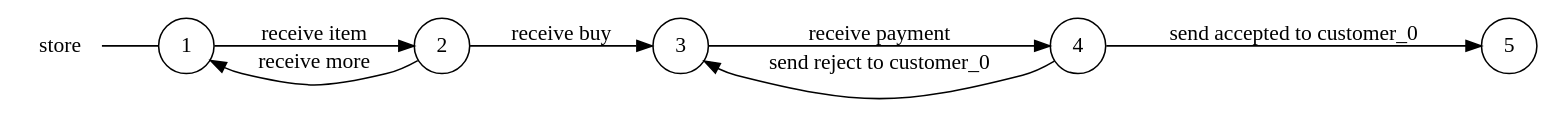
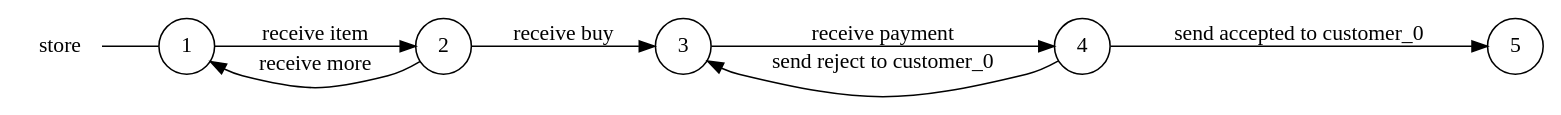
One commit to gabrielegenovese/chorer changed the diagram in examples/customer/store_local_view.dot. Above: the diagram before and after it, drawn with Graphviz. The commit also changed other lines of this file and 24 other files, not shown here.

```diff
--- a/examples/customer/store_local_view.dot
+++ b/examples/customer/store_local_view.dot
@@ -1,17 +1,17 @@
 digraph store {
 	rankdir="LR";
 	n_0 [label="store", shape="plaintext"];
 	n_1 [id="5", shape=circle, label="4"];
 	n_2 [id="1", shape=circle, label="1"];
 	n_0 -> n_2 [arrowhead=none];
 	n_3 [id="2", shape=circle, label="2"];
 	n_4 [id="4", shape=circle, label="3"];
 	n_5 [id="7", shape=circle, label="5"];
 
+	n_1 -> n_4 [id="[$e|8]", label="send reject to customer_0"];
+	n_3 -> n_4 [id="[$e|7]", label="receive buy"];
+	n_4 -> n_1 [id="[$e|2]", label="receive payment"];
+	n_2 -> n_3 [id="[$e|3]", label="receive item"];
+	n_1 -> n_5 [id="[$e|4]", label="send accepted to customer_0"];
 	n_3 -> n_2 [id="[$e|9]", label="receive more"];
-	n_1 -> n_5 [id="[$e|4]", label="send accepted to customer_0"];
-	n_4 -> n_1 [id="[$e|2]", label="receive payment"];
-	n_3 -> n_4 [id="[$e|7]", label="receive buy"];
-	n_2 -> n_3 [id="[$e|3]", label="receive item"];
-	n_1 -> n_4 [id="[$e|8]", label="send reject to customer_0"];
 }
```
